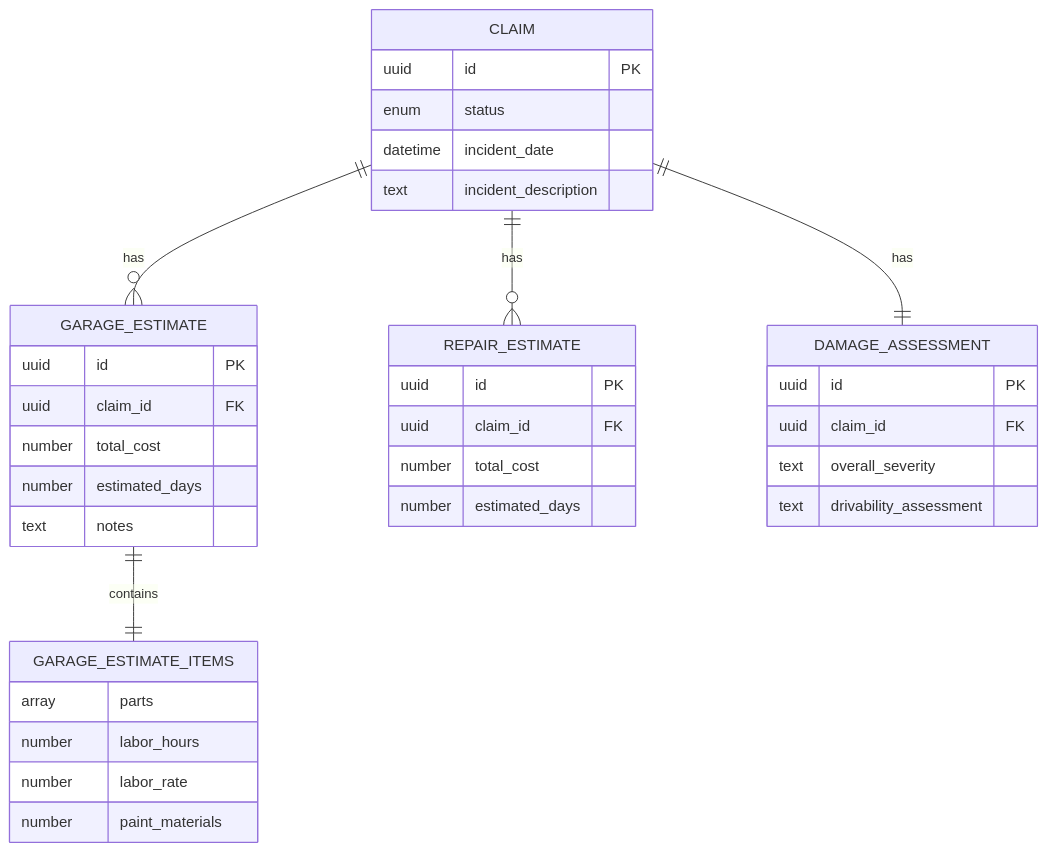
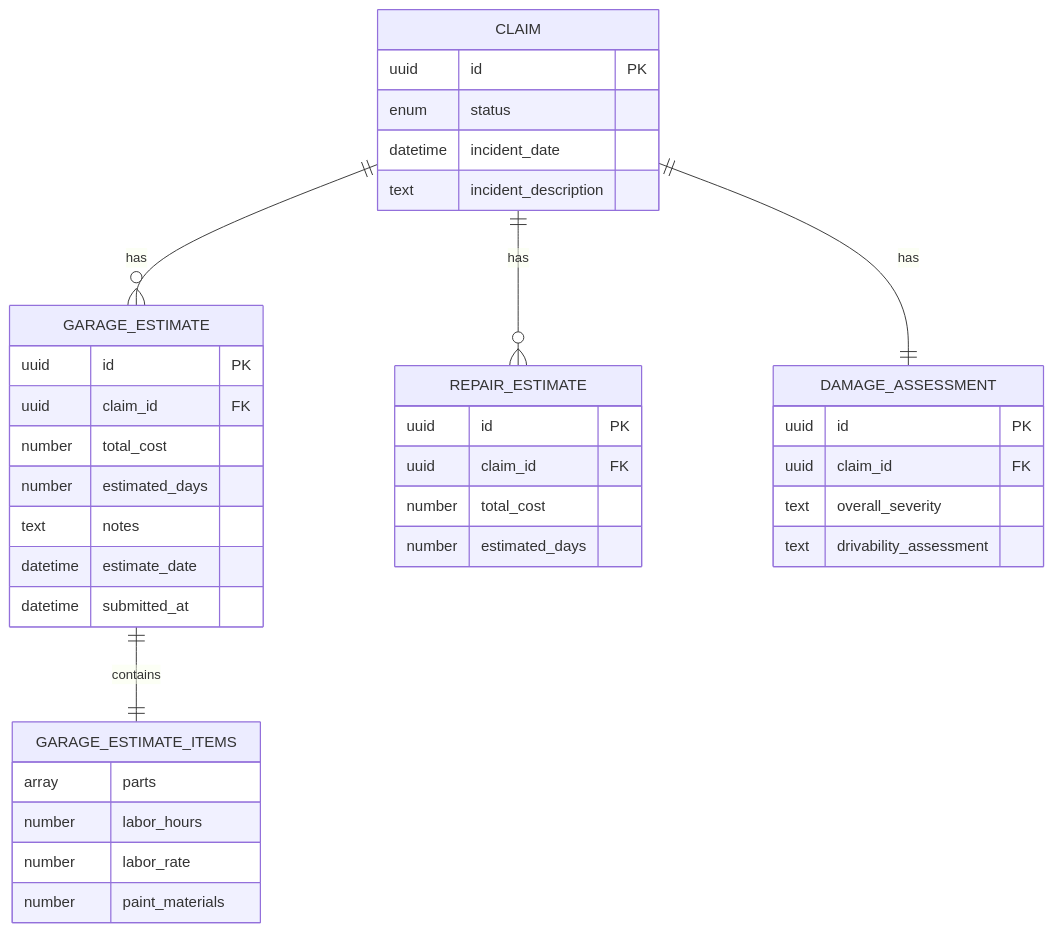
The ninth of 10 diagrams in .qoder/repowiki/en/content/Frontend Documentation/Garage Frontend Interface.md (NaveenHiranya/Smart-Vehicle-Insurance-Claim-System), drawn with Mermaid before and after one commit. The commit also changed other lines of this file and 38 other files, not shown here.

````diff
--- a/.qoder/repowiki/en/content/Frontend Documentation/Garage Frontend Interface.md
+++ b/.qoder/repowiki/en/content/Frontend Documentation/Garage Frontend Interface.md
@@ -324,38 +331,40 @@
 ```mermaid
 erDiagram
 CLAIM {
 uuid id PK
 enum status
 datetime incident_date
 text incident_description
 }
 GARAGE_ESTIMATE {
 uuid id PK
 uuid claim_id FK
 number total_cost
 number estimated_days
 text notes
+datetime estimate_date
+datetime submitted_at
 }
 REPAIR_ESTIMATE {
 uuid id PK
 uuid claim_id FK
 number total_cost
 number estimated_days
 }
 DAMAGE_ASSESSMENT {
 uuid id PK
 uuid claim_id FK
 text overall_severity
 text drivability_assessment
 }
 GARAGE_ESTIMATE_ITEMS {
 array parts
 number labor_hours
 number labor_rate
 number paint_materials
 }
 CLAIM ||--o{ GARAGE_ESTIMATE : "has"
 CLAIM ||--o{ REPAIR_ESTIMATE : "has"
 CLAIM ||--|| DAMAGE_ASSESSMENT : "has"
 GARAGE_ESTIMATE ||--|| GARAGE_ESTIMATE_ITEMS : "contains"
 ```
````
